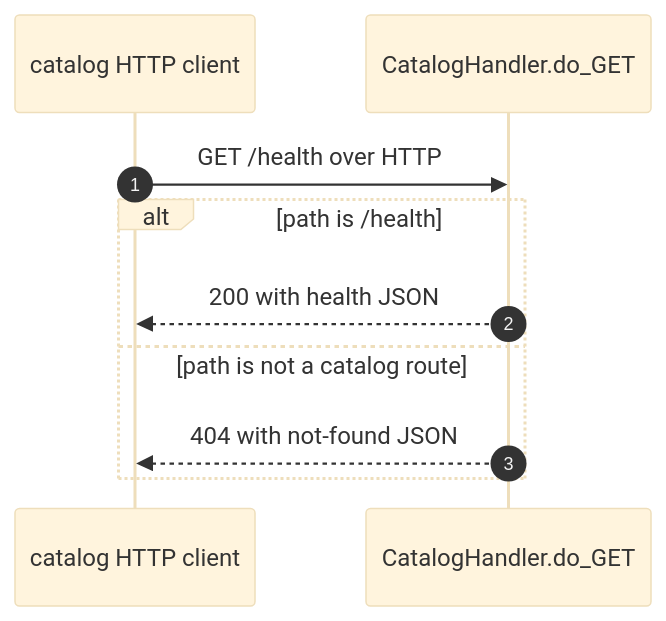
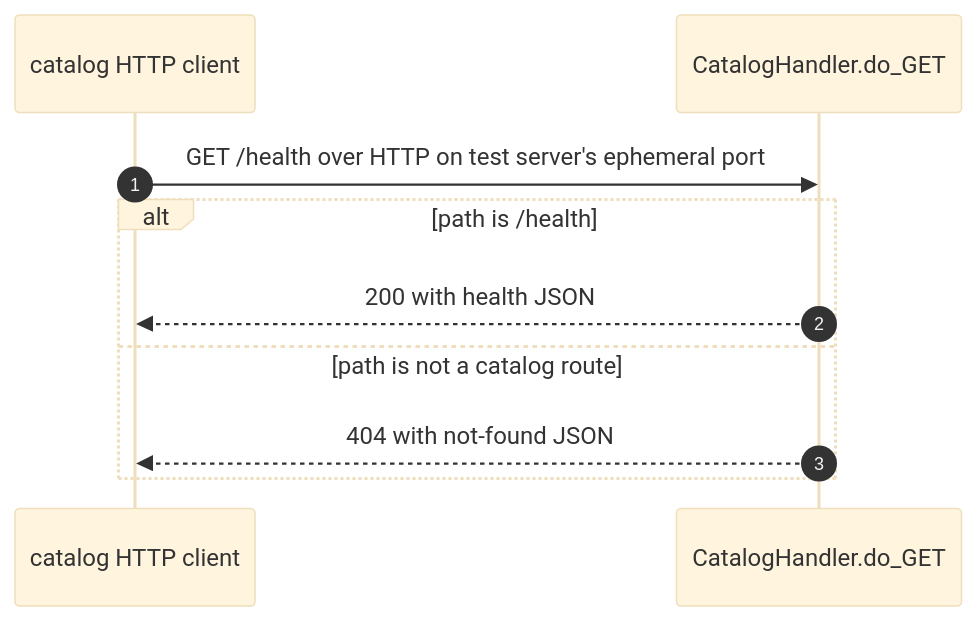
One commit to vishalc412/bible-mode-b-test changed the first of 2 diagrams in codebase-analysis/lld/api/catalog/catalog.md. Above: the diagram before and after it, drawn with Mermaid (base theme). The commit also changed other lines of this file and 27 other files, not shown here.

````diff
--- a/codebase-analysis/lld/api/catalog/catalog.md
+++ b/codebase-analysis/lld/api/catalog/catalog.md
@@ -42,12 +42,12 @@
 ```mermaid
 sequenceDiagram
   autonumber
   participant Client as catalog HTTP client
   participant Handler as CatalogHandler.do_GET
-  Client->>Handler: GET /health over HTTP
+  Client->>Handler: GET /health over HTTP on test server's ephemeral port
   alt path is /health
     Handler-->>Client: 200 with health JSON
   else path is not a catalog route
     Handler-->>Client: 404 with not-found JSON
   end
 ```
````
